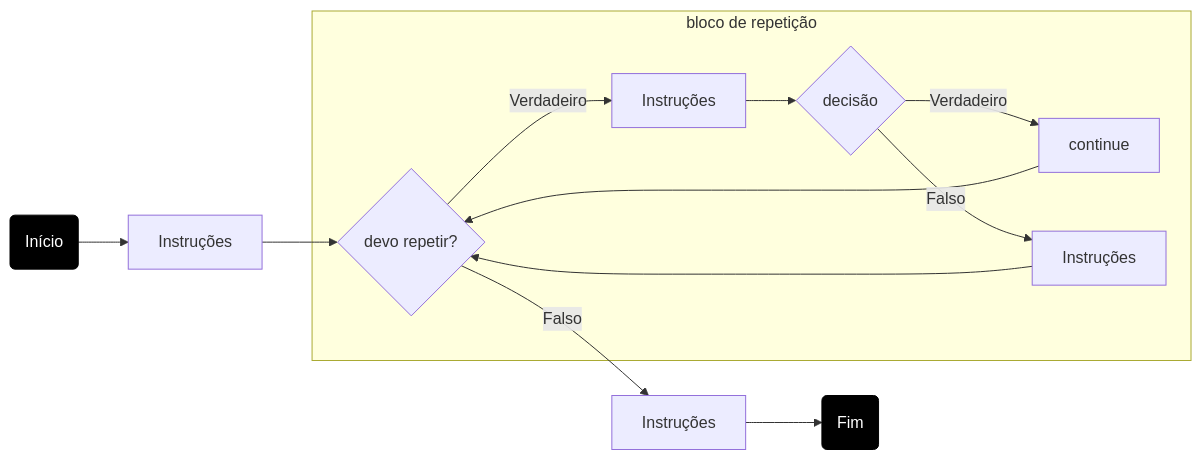
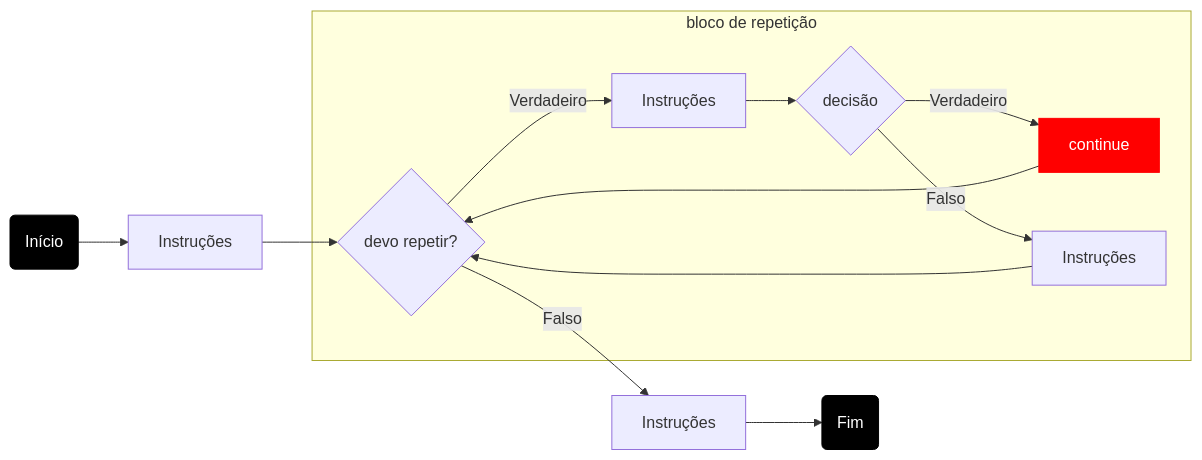
The eighth of 9 diagrams in 08.md (yuriMartinst/linguagem-java), drawn with Mermaid before and after one commit. The commit also changed other lines of this file, not shown here.

````diff
--- a/08.md
+++ b/08.md
@@ -213,18 +213,19 @@
 ```mermaid
 flowchart LR
     inicio(Início) --> A
     A[Instruções] --> C{devo repetir?}
     subgraph bloco de repetição
         C -->|Verdadeiro| D[Instruções]
         D --> DD{decisão}
         DD -->|Verdadeiro| continue[continue]
         DD -->|Falso| M[Instruções]
         M --> C
         continue --> C
     end
     C -->|Falso| F[Instruções]
     F --> fim(Fim)
 
 style inicio fill:#000,stroke:#000,color:#fff
 style fim fill:#000,stroke:#000,color:#fff
+style continue fill:#f00,stroke:#f00,color:#fff
 ```
````
